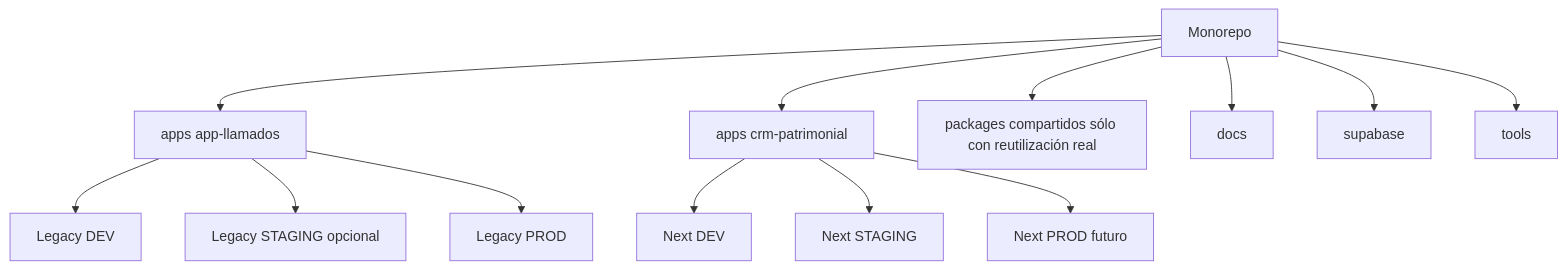
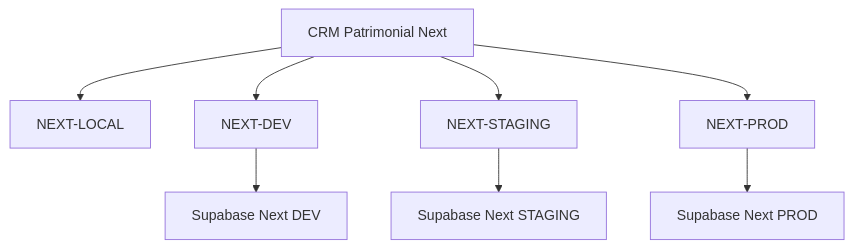
The second of 2 diagrams in docs/architecture/product-environment-deployment-matrix.md (guilledpn/KNwS7F_2a2LZ7MS), drawn with Mermaid before and after one commit. The commit also changed other lines of this file and 10 other files, not shown here.

````diff
--- a/docs/architecture/product-environment-deployment-matrix.md
+++ b/docs/architecture/product-environment-deployment-matrix.md
@@ -53,18 +53,12 @@
 ```mermaid
 flowchart TB
-    MONO[Monorepo]
-    MONO --> LEGACY[apps app-llamados]
-    MONO --> NEXT[apps crm-patrimonial]
-    MONO --> SHARED[packages compartidos sólo con reutilización real]
-    MONO --> DOCS[docs]
-    MONO --> DB[supabase]
-    MONO --> TOOLS[tools]
+    NEXT[CRM Patrimonial Next]
+    NEXT --> NLOCAL[NEXT-LOCAL]
+    NEXT --> NDEV[NEXT-DEV]
+    NEXT --> NSTG[NEXT-STAGING]
+    NEXT --> NPROD[NEXT-PROD]
 
-    LEGACY --> LDEV[Legacy DEV]
-    LEGACY --> LSTG[Legacy STAGING opcional]
-    LEGACY --> LPROD[Legacy PROD]
-
-    NEXT --> NDEV[Next DEV]
-    NEXT --> NSTG[Next STAGING]
-    NEXT --> NPROD[Next PROD futuro]
+    NDEV --> SBD[Supabase Next DEV]
+    NSTG --> SBS[Supabase Next STAGING]
+    NPROD --> SBP[Supabase Next PROD]
 ```
````
